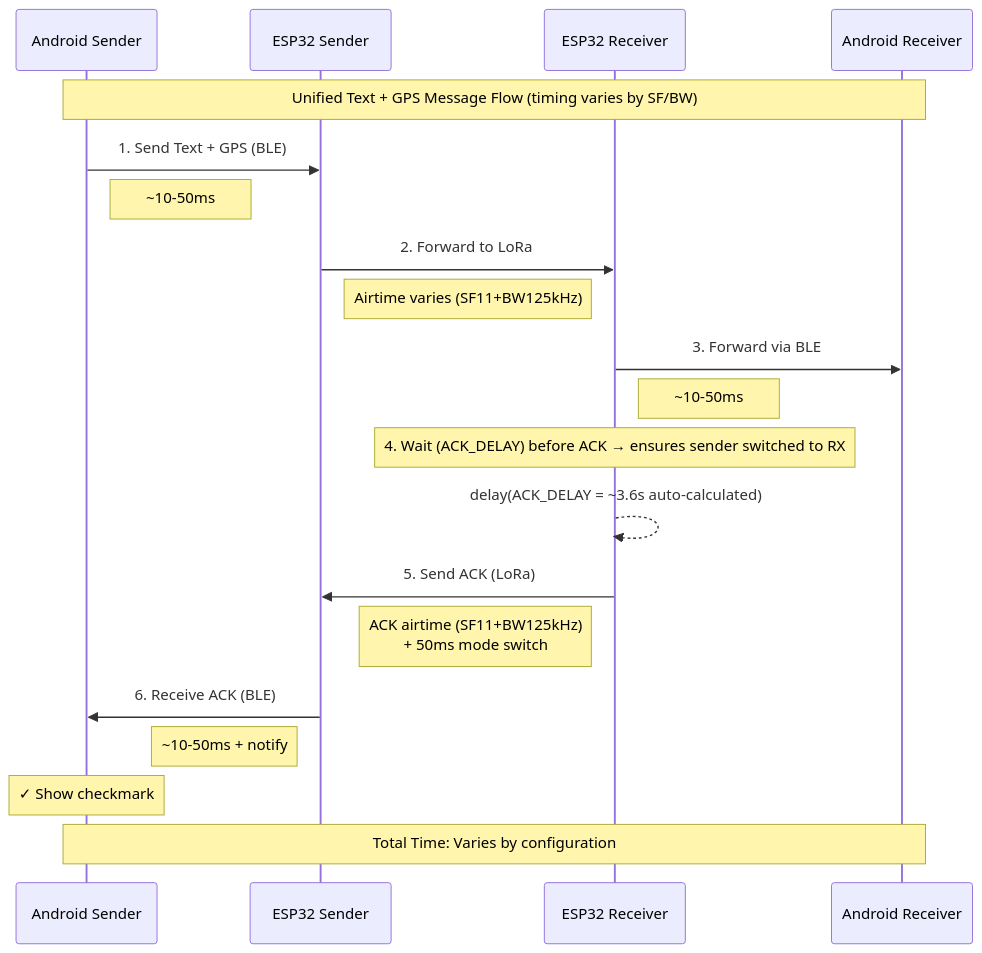
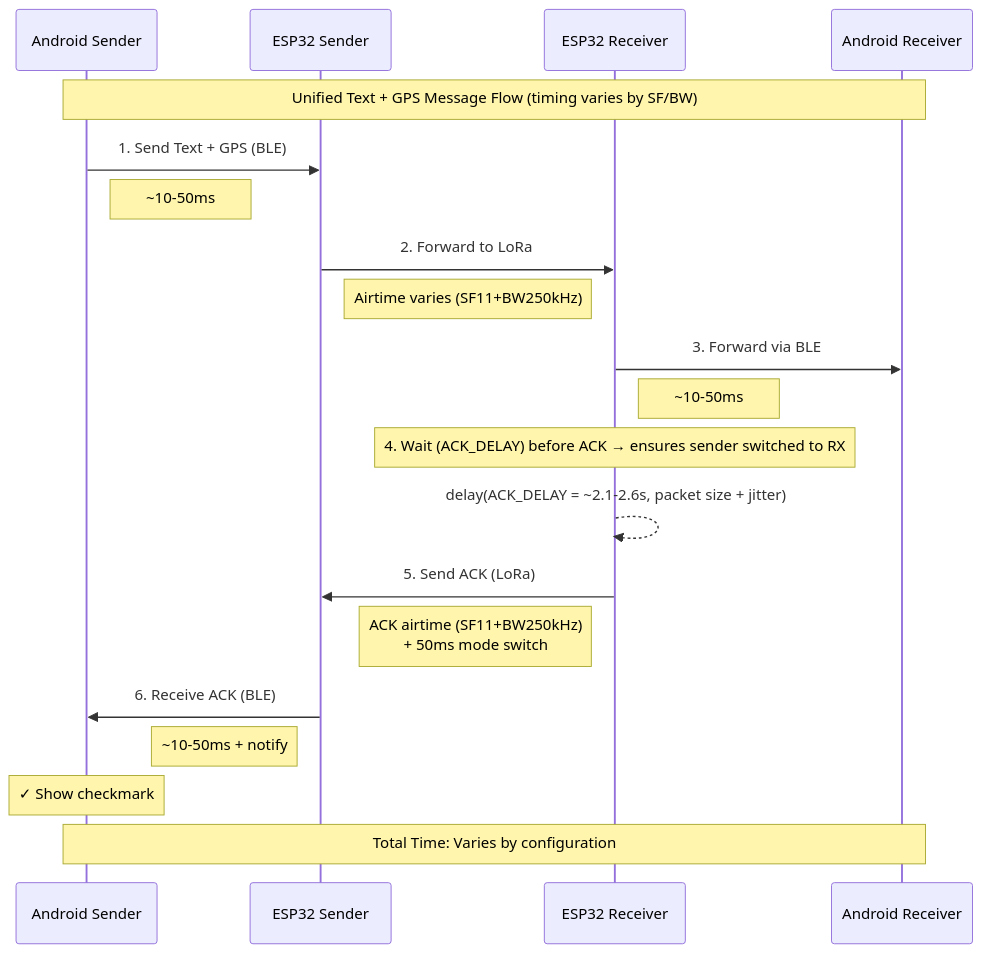
Before and after one commit to psytraxx/android-lora-ble-bridge: the second of 3 diagrams in README.md, drawn with Mermaid. The commit also changed other lines of this file and 3 other files, not shown here.

````diff
--- a/README.md
+++ b/README.md
@@ -404,32 +404,32 @@
 ```mermaid
 sequenceDiagram
     participant AS as Android Sender
     participant ES as ESP32 Sender
     participant ER as ESP32 Receiver
     participant AR as Android Receiver
 
     Note over AS,AR: Unified Text + GPS Message Flow (timing varies by SF/BW)
 
     AS->>ES: 1. Send Text + GPS (BLE)
     Note right of AS: ~10-50ms
 
     ES->>ER: 2. Forward to LoRa
-    Note right of ES: Airtime varies (SF11+BW125kHz)
-    
+    Note right of ES: Airtime varies (SF11+BW250kHz)
+
     ER->>AR: 3. Forward via BLE
     Note right of ER: ~10-50ms
-    
+
 
   Note over ER: 4. Wait (ACK_DELAY) before ACK → ensures sender switched to RX
-  ER-->>ER: delay(ACK_DELAY = ~3.6s auto-calculated)
+  ER-->>ER: delay(ACK_DELAY = ~2.1-2.6s, packet size + jitter)
 
   ER->>ES: 5. Send ACK (LoRa)
-  Note left of ER: ACK airtime (SF11+BW125kHz)<br/>+ 50ms mode switch
+  Note left of ER: ACK airtime (SF11+BW250kHz)<br/>+ 50ms mode switch
 
   ES->>AS: 6. Receive ACK (BLE)
   Note left of ES: ~10-50ms + notify
 
     Note over AS: ✓ Show checkmark
 
     Note over AS,AR: Total Time: Varies by configuration
 ```
````
